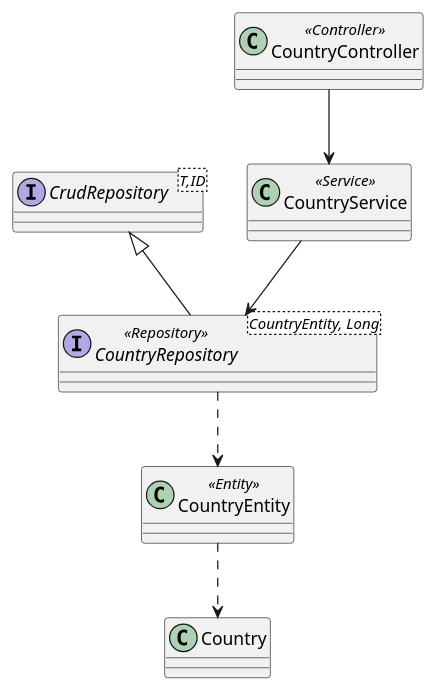
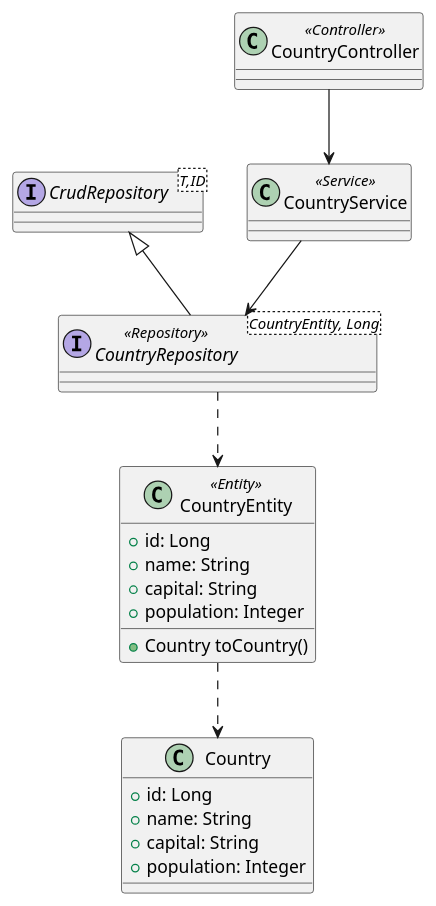
Before and after one commit to laminba2003/spring-rest-services: the second of 5 diagrams in src/main/asciidoc/index.adoc, drawn with PlantUML. The commit also changed other lines of this file and 2 other files, not shown here.

```diff
--- a/src/main/asciidoc/index.adoc
+++ b/src/main/asciidoc/index.adoc
@@ -72,30 +72,37 @@
 [plantuml, GetCountries-class-diagram, png]
 ----
 class Country {
-
+  + id: Long
+  + name: String
+  + capital: String
+  + population: Integer
 }
 
 class CountryEntity <<Entity>> {
-
+  + id: Long
+  + name: String
+  + capital: String
+  + population: Integer
+  + Country toCountry()
 }
 
 interface CountryRepository<CountryEntity, Long> <<Repository>> {
 }
 
 interface CrudRepository<T,ID> {
 }
 
 class CountryService <<Service>> {
 }
 
 class CountryController <<Controller>> {
 }
 
 
 CountryEntity ..> Country
 CountryRepository ..> CountryEntity
 CrudRepository <|-- CountryRepository
 CountryService --> CountryRepository
 CountryController --> CountryService
 
 ----
```
